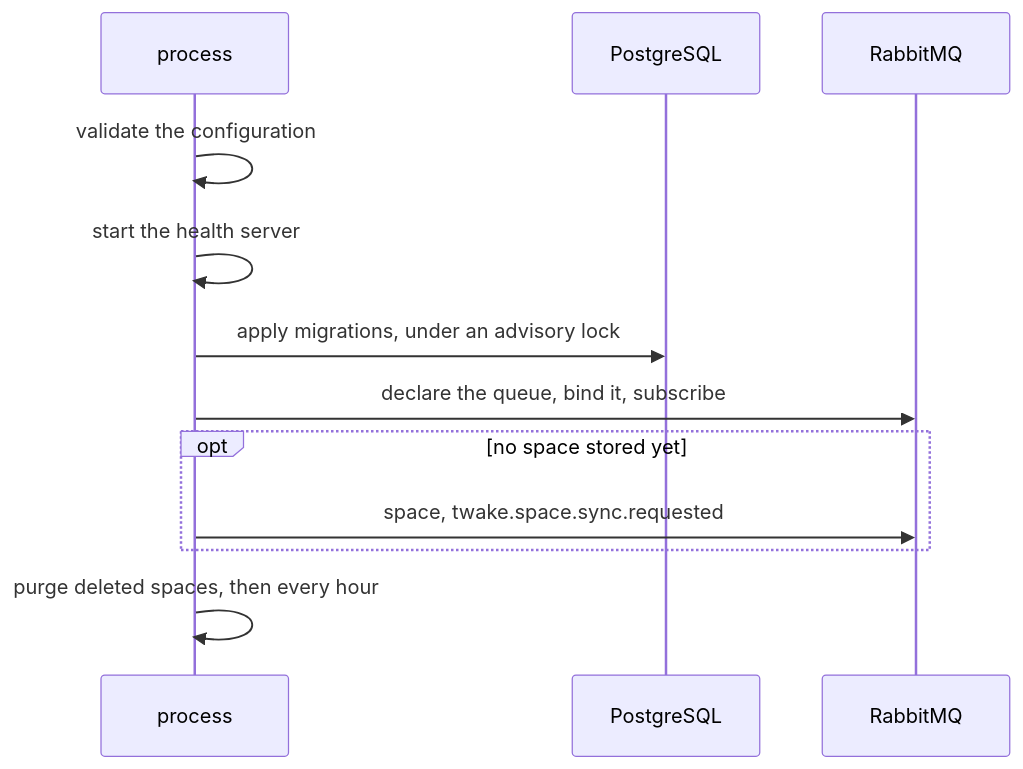
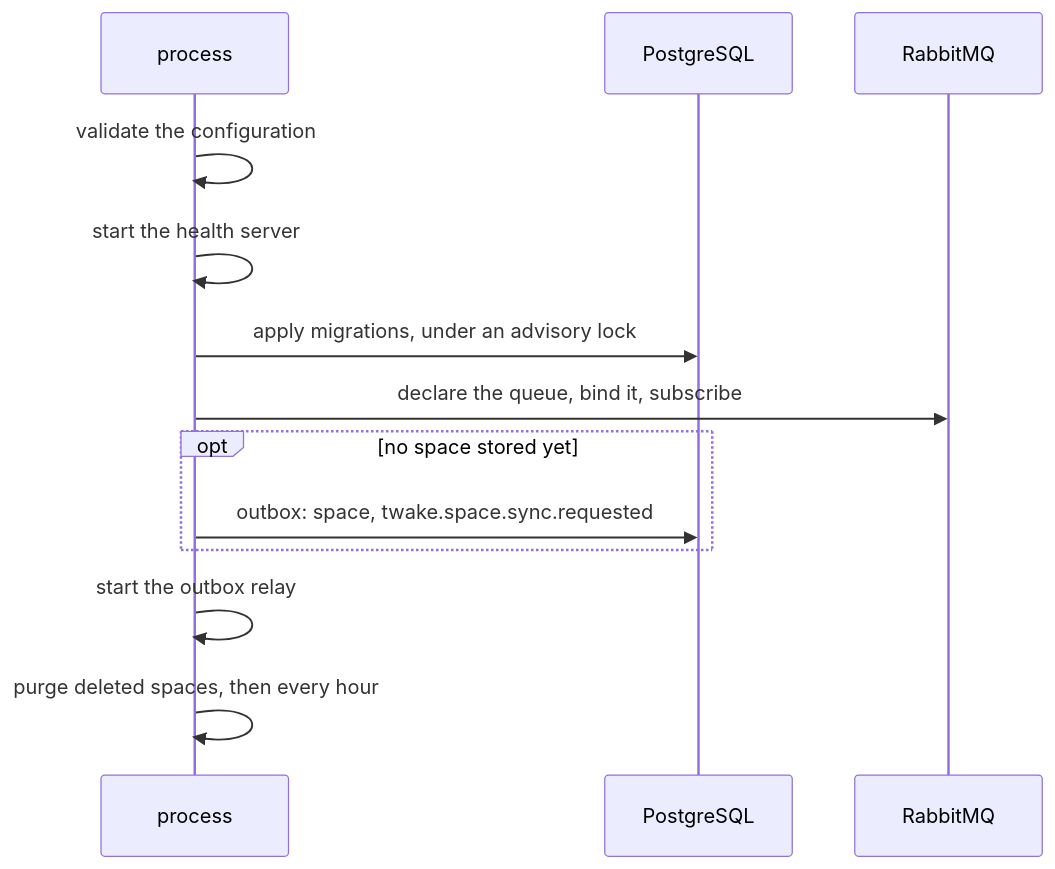
One commit to linagora/twake-mail-side-service changed the third of 3 diagrams in docs/architecture.md. Above: the diagram before and after it, drawn with Mermaid. The commit also changed other lines of this file and 4 other files, not shown here.

Commit message:
docs: the outbox, its relay and the provisioned event id

````diff
--- a/docs/architecture.md
+++ b/docs/architecture.md
@@ -48,14 +48,15 @@
 ```mermaid
 sequenceDiagram
   participant P as process
   participant D as PostgreSQL
   participant R as RabbitMQ
   P->>P: validate the configuration
   P->>P: start the health server
   P->>D: apply migrations, under an advisory lock
   P->>R: declare the queue, bind it, subscribe
   opt no space stored yet
-    P->>R: space, twake.space.sync.requested
+    P->>D: outbox: space, twake.space.sync.requested
   end
+  P->>P: start the outbox relay
   P->>P: purge deleted spaces, then every hour
 ```
````
